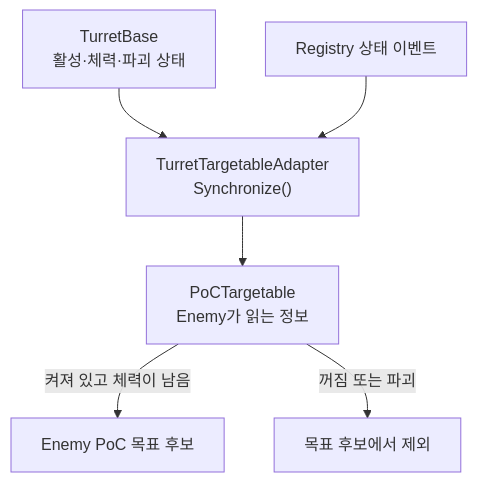
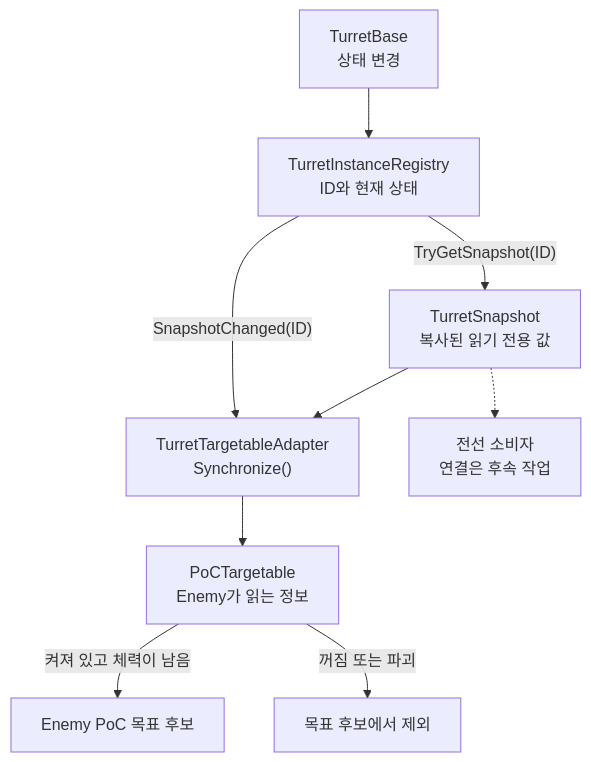
One commit to Team-HJD-21/unity-6-the-developer changed diagram 12 of 13 in Docs/architecture/turret-system-guide.md. Above: the diagram before and after it, drawn with Mermaid. The commit also changed other lines of this file, not shown here.

First line of the commit message:
docs(turret): document snapshots progression and runtime locks

````diff
--- a/Docs/architecture/turret-system-guide.md
+++ b/Docs/architecture/turret-system-guide.md
@@ -434,8 +467,11 @@
 ```mermaid
 flowchart TD
-    Base["TurretBase<br>활성·체력·파괴 상태"] --> Adapter["TurretTargetableAdapter<br>Synchronize()"]
-    Registry["Registry 상태 이벤트"] --> Adapter
+    Base["TurretBase<br>상태 변경"] --> Registry["TurretInstanceRegistry<br>ID와 현재 상태"]
+    Registry -->|"TryGetSnapshot(ID)"| Snapshot["TurretSnapshot<br>복사된 읽기 전용 값"]
+    Registry -->|"SnapshotChanged(ID)"| Adapter["TurretTargetableAdapter<br>Synchronize()"]
+    Snapshot --> Adapter
     Adapter --> Targetable["PoCTargetable<br>Enemy가 읽는 정보"]
+    Snapshot -.-> Frontline["전선 소비자<br>연결은 후속 작업"]
     Targetable -->|켜져 있고 체력이 남음| Enemy["Enemy PoC 목표 후보"]
     Targetable -->|꺼짐 또는 파괴| Excluded["목표 후보에서 제외"]
 ```
````
